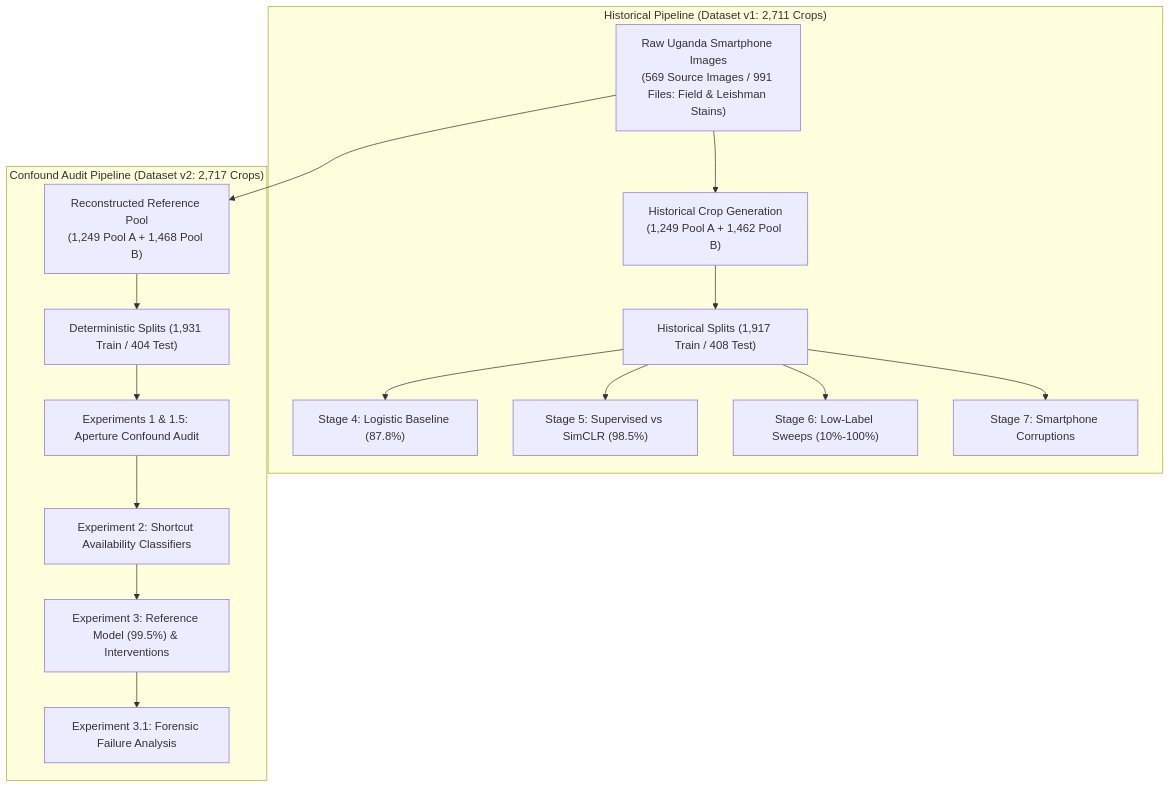
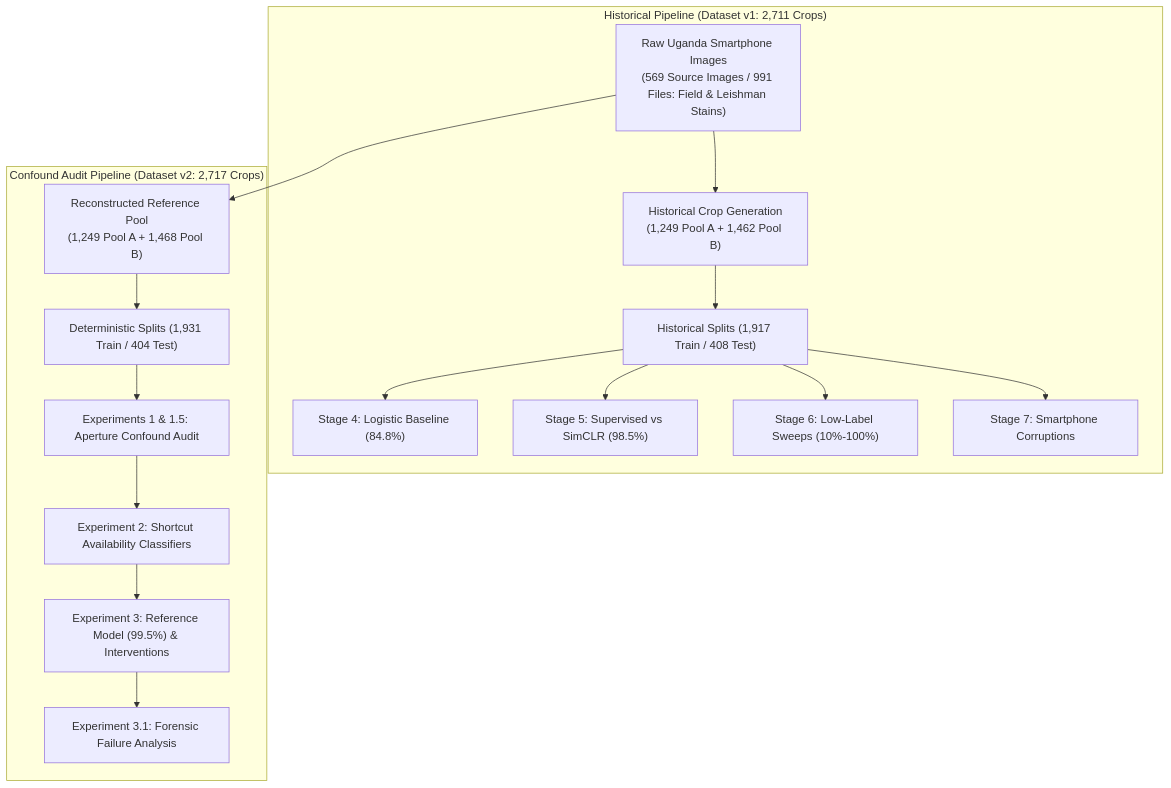
One commit to Shubhdeepdsa/sickel_cell_ssl changed the third of 3 diagrams in README.md. Above: the diagram before and after it, drawn with Mermaid. The commit also changed other lines of this file and 1 other file, not shown here.

Commit message:
docs(audit): calibrate leakage claims, fix stage 4 baseline, and update bibliography

````diff
--- a/README.md
+++ b/README.md
@@ -159,22 +159,22 @@
 ```mermaid
 flowchart TD
     RawData["Raw Uganda Smartphone Images<br/>(569 Source Images / 991 Files: Field & Leishman Stains)"]
 
     subgraph BranchV1 ["Historical Pipeline (Dataset v1: 2,711 Crops)"]
         RawData --> V1Crops["Historical Crop Generation<br/>(1,249 Pool A + 1,462 Pool B)"]
         V1Crops --> V1Split["Historical Splits (1,917 Train / 408 Test)"]
-        V1Split --> S4["Stage 4: Logistic Baseline (87.8%)"]
+        V1Split --> S4["Stage 4: Logistic Baseline (84.8%)"]
         V1Split --> S5["Stage 5: Supervised vs SimCLR (98.5%)"]
         V1Split --> S6["Stage 6: Low-Label Sweeps (10%-100%)"]
         V1Split --> S7["Stage 7: Smartphone Corruptions"]
     end
 
     subgraph BranchV2 ["Confound Audit Pipeline (Dataset v2: 2,717 Crops)"]
         RawData --> V2Crops["Reconstructed Reference Pool<br/>(1,249 Pool A + 1,468 Pool B)"]
         V2Crops --> V2Split["Deterministic Splits (1,931 Train / 404 Test)"]
         V2Split --> E1["Experiments 1 & 1.5: Aperture Confound Audit"]
         E1 --> E2["Experiment 2: Shortcut Availability Classifiers"]
         E2 --> E3["Experiment 3: Reference Model (99.5%) & Interventions"]
         E3 --> E31["Experiment 3.1: Forensic Failure Analysis"]
     end
 ```
````
